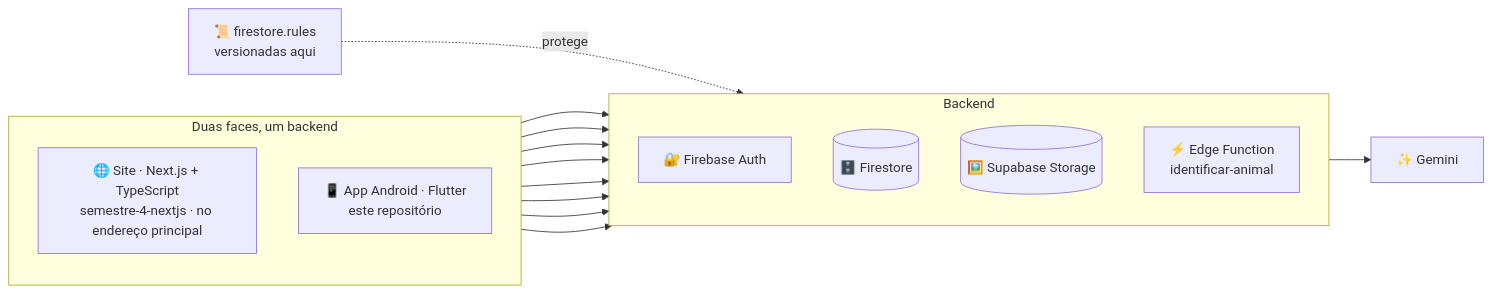
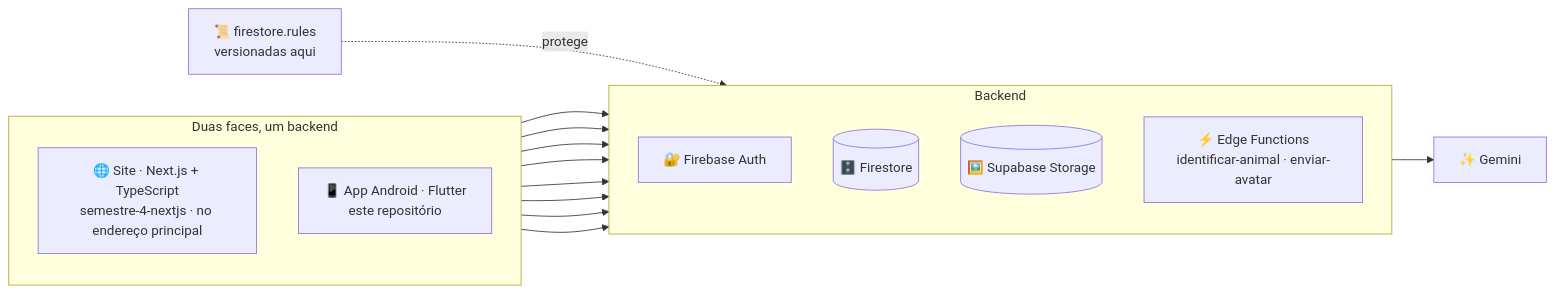
The diagram in README.md (ecomap-devs/semestre-4-flutter), drawn with Mermaid before and after one commit. The commit also changed other lines of this file and 12 other files, not shown here.

First line of the commit message:
Subir a foto de perfil pela Edge Function enviar-avatar

````diff
--- a/README.md
+++ b/README.md
@@ -43,19 +43,19 @@
 ```mermaid
 flowchart LR
     subgraph faces[Duas faces, um backend]
         direction TB
         web["🌐 Site · Next.js + TypeScript<br/>semestre-4-nextjs · no endereço principal"]
         app["📱 App Android · Flutter<br/>este repositório"]
     end
     subgraph backend[Backend]
         direction TB
         auth[🔐 Firebase Auth]
         fs[(🗄️ Firestore)]
         sb[(🖼️ Supabase Storage)]
-        fn["⚡ Edge Function<br/>identificar-animal"]
+        fn["⚡ Edge Functions<br/>identificar-animal · enviar-avatar"]
     end
     web --> auth & fs & sb & fn
     app --> auth & fs & sb & fn
     fn --> gemini["✨ Gemini"]
     regras["📜 firestore.rules<br/>versionadas aqui"] -. protege .-> fs
 ```
````
